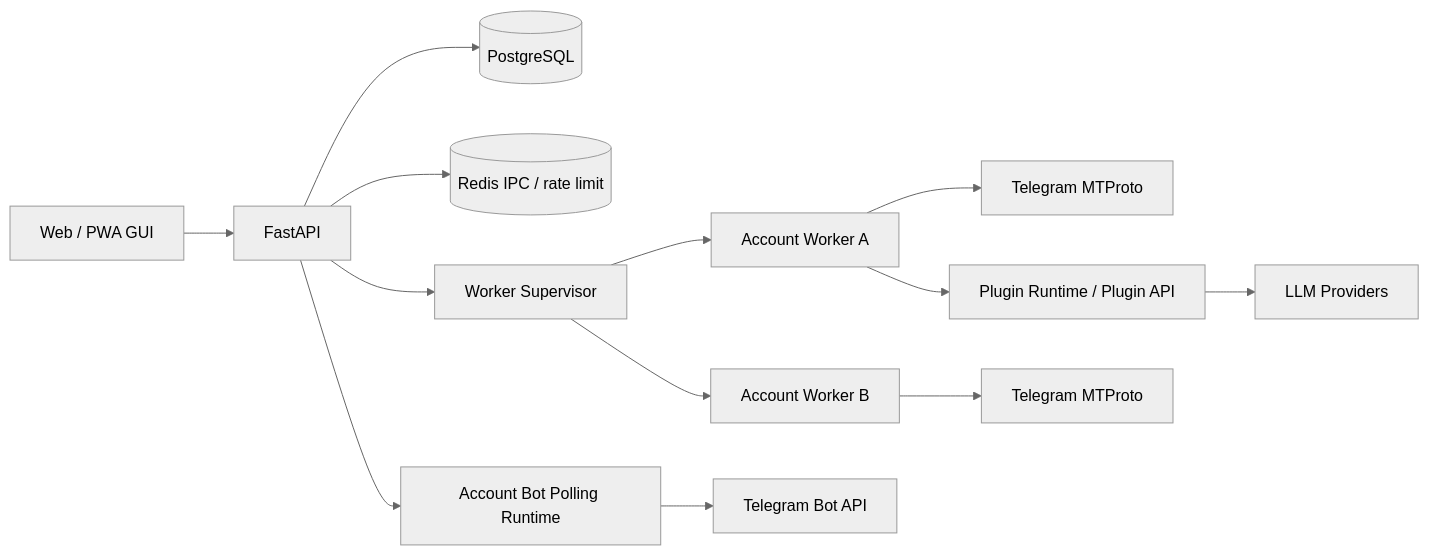
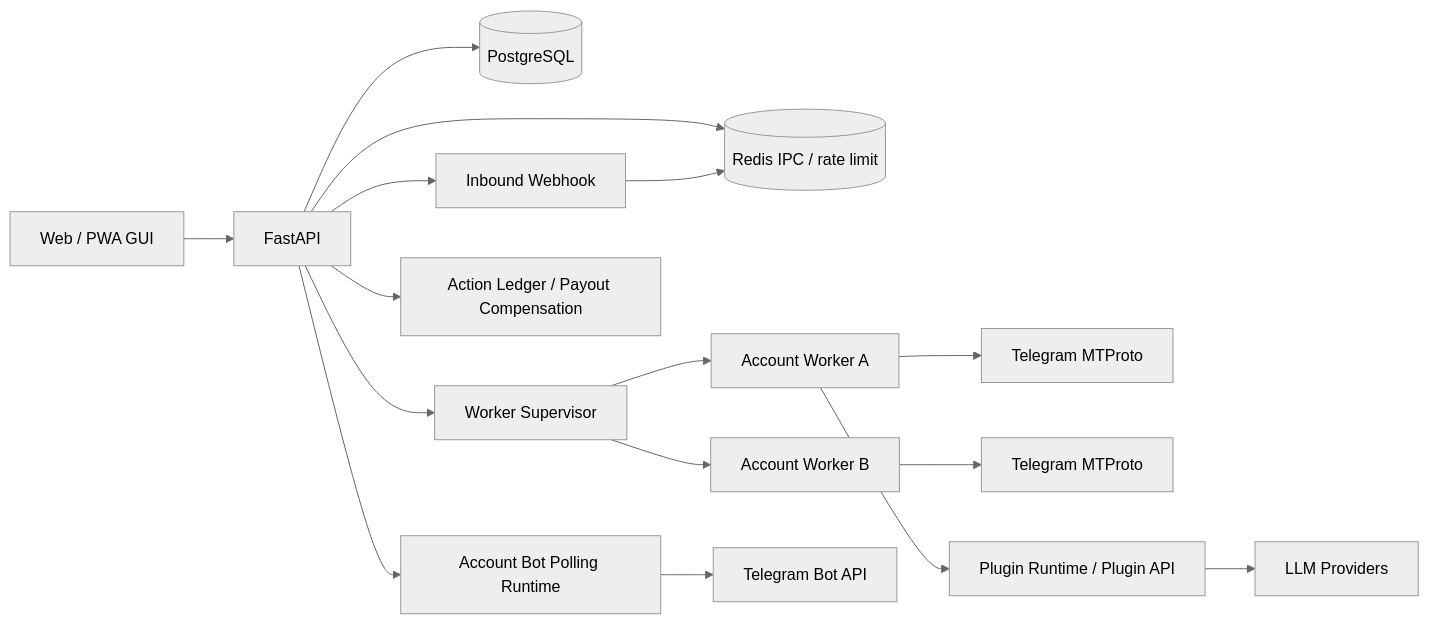
The diagram in README.md (Anoyou/telebot), drawn with Mermaid (neutral theme) before and after one commit. The commit also changed other lines of this file and 11 other files, not shown here.

````diff
--- a/README.md
+++ b/README.md
@@ -99,15 +102,18 @@
 ```mermaid
 flowchart LR
   Browser["Web / PWA GUI"] --> API["FastAPI"]
   API --> DB[("PostgreSQL")]
   API --> Redis[("Redis IPC / rate limit")]
   API --> Supervisor["Worker Supervisor"]
   Supervisor --> W1["Account Worker A"]
   Supervisor --> W2["Account Worker B"]
   W1 --> TG1["Telegram MTProto"]
   W2 --> TG2["Telegram MTProto"]
   W1 --> PluginRuntime["Plugin Runtime / Plugin API"]
   PluginRuntime --> LLM["LLM Providers"]
   API --> AccountBot["Account Bot Polling Runtime"]
   AccountBot --> BotAPI["Telegram Bot API"]
+  API --> Ledger["Action Ledger / Payout Compensation"]
+  API --> Webhook["Inbound Webhook"]
+  Webhook --> Redis
 ```
````
